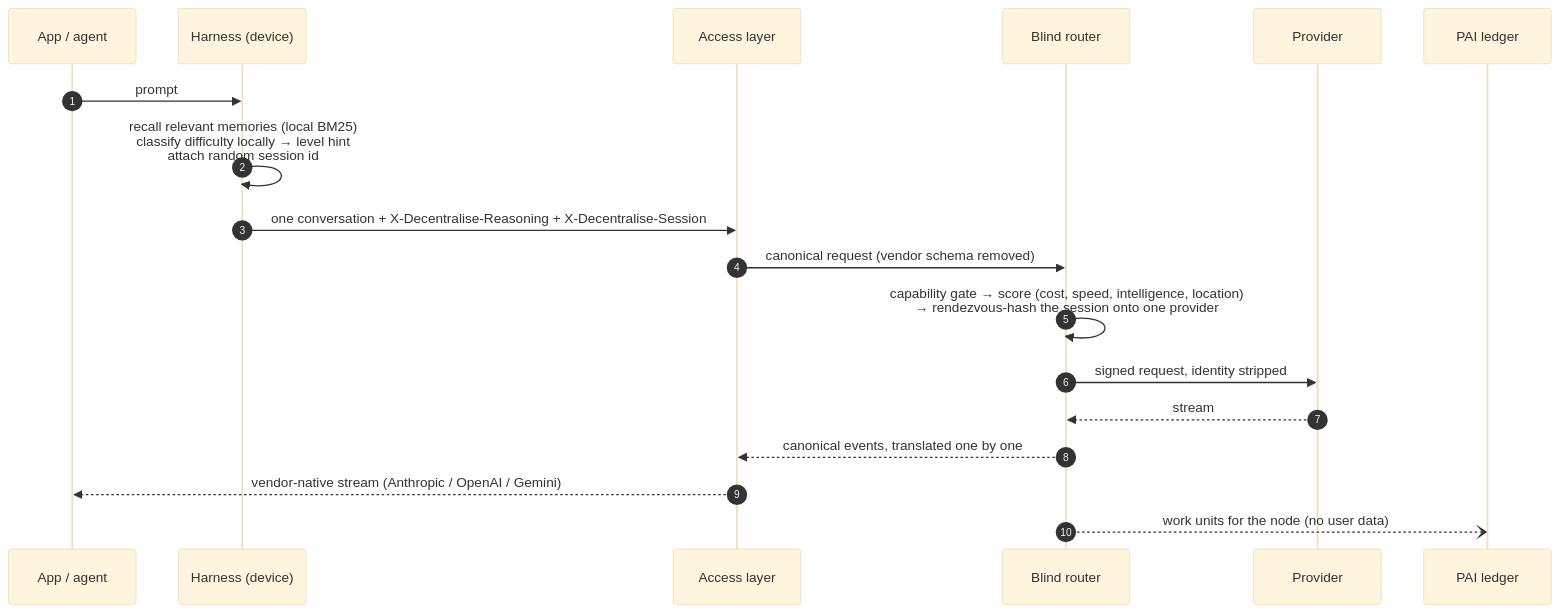
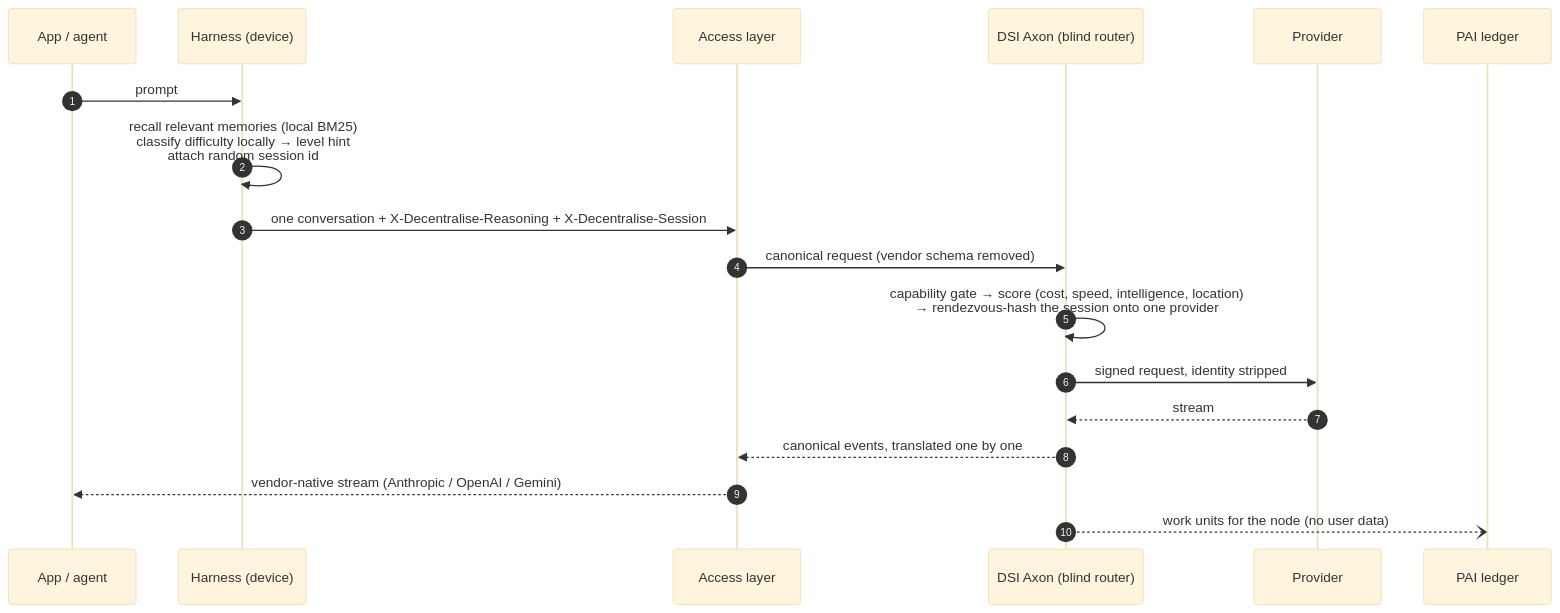
The first of 4 diagrams in public/whitepaper.md (Decentralised-si/web), drawn with Mermaid (base theme) before and after one commit. The commit also changed other lines of this file and 6 other files, not shown here.

First line of the commit message:
Names: DSI Synapse (router on your device) and DSI Axon (the blind router)

````diff
--- a/public/whitepaper.md
+++ b/public/whitepaper.md
@@ -50,20 +51,20 @@
 ```mermaid
 sequenceDiagram
     autonumber
     participant App as App / agent
     participant H as Harness (device)
     participant A as Access layer
-    participant R as Blind router
+    participant R as DSI Axon (blind router)
     participant P as Provider
     participant L as PAI ledger
     App->>H: prompt
     H->>H: recall relevant memories (local BM25)<br/>classify difficulty locally → level hint<br/>attach random session id
     H->>A: one conversation + X-Decentralise-Reasoning + X-Decentralise-Session
     A->>R: canonical request (vendor schema removed)
     R->>R: capability gate → score (cost, speed, intelligence, location)<br/>→ rendezvous-hash the session onto one provider
     R->>P: signed request, identity stripped
     P-->>R: stream
     R-->>A: canonical events, translated one by one
     A-->>App: vendor-native stream (Anthropic / OpenAI / Gemini)
     R--)L: work units for the node (no user data)
 ```
````
